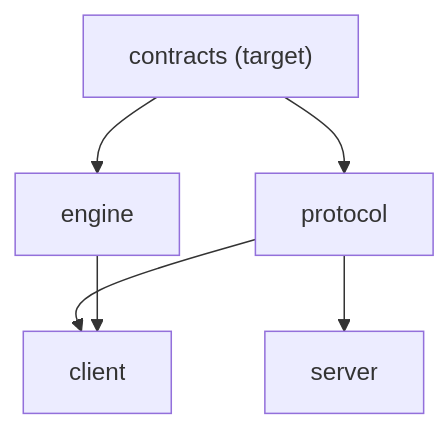
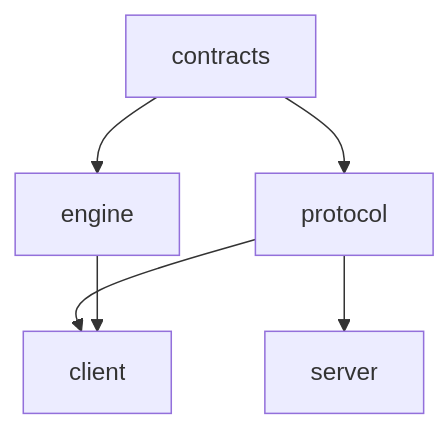
Before and after one commit to MohammadBnei/frontfall: the first of 3 diagrams in docs/architecture.md, drawn with Mermaid. The commit also changed other lines of this file and 31 other files, not shown here.

````diff
--- a/docs/architecture.md
+++ b/docs/architecture.md
@@ -27,13 +27,13 @@
 ```mermaid
 flowchart TD
-  contracts["contracts (target)"]
+  contracts["contracts"]
   engine["engine"]
   protocol["protocol"]
   server["server"]
   client["client"]
   contracts --> engine
   contracts --> protocol
   protocol --> server
   protocol --> client
   engine --> client
 ```
````
